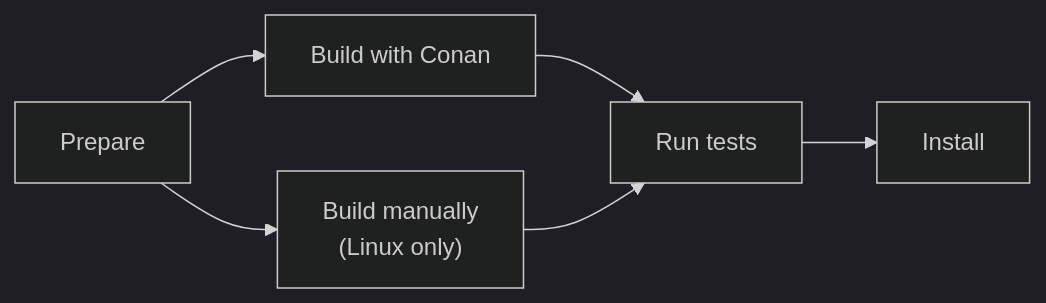
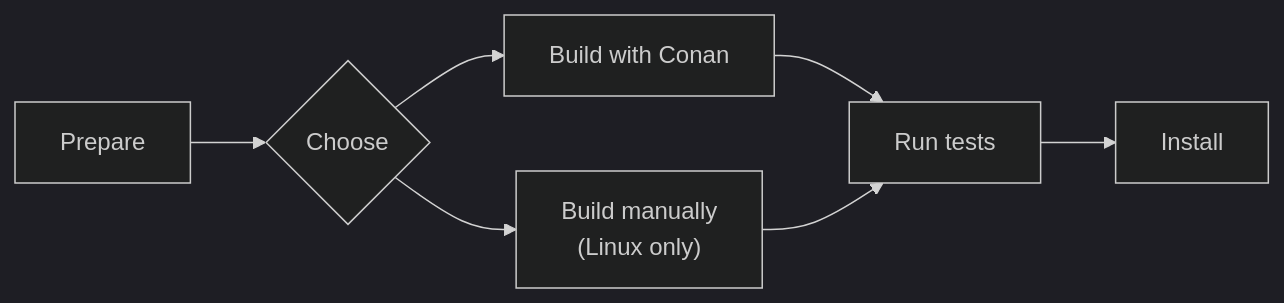
One commit to MarcelloPerathoner/osrm-backend changed the diagram in docs/src/building/howto.md. Above: the diagram before and after it, drawn with Mermaid (dark theme). The commit also changed other lines of this file and 1 other file, not shown here.

````diff
--- a/docs/src/building/howto.md
+++ b/docs/src/building/howto.md
@@ -10,18 +7,20 @@
 ```mermaid
 graph LR;
     clone[Prepare]
+    choose{Choose}
     conan[Build with Conan]
     manually["Build manually<br/>(Linux only)"]
     test[Run tests]
     install[Install]
 
-    clone-->conan-->test;
-    clone-->manually-->test;
+    clone-->choose
+    choose-->conan-->test;
+    choose-->manually-->test;
     test-->install
 
     click clone "#clone"
     click conan "#conan"
     click manually "#build-manually"
     click test "#tests"
     click install "#install"
 ```
````
